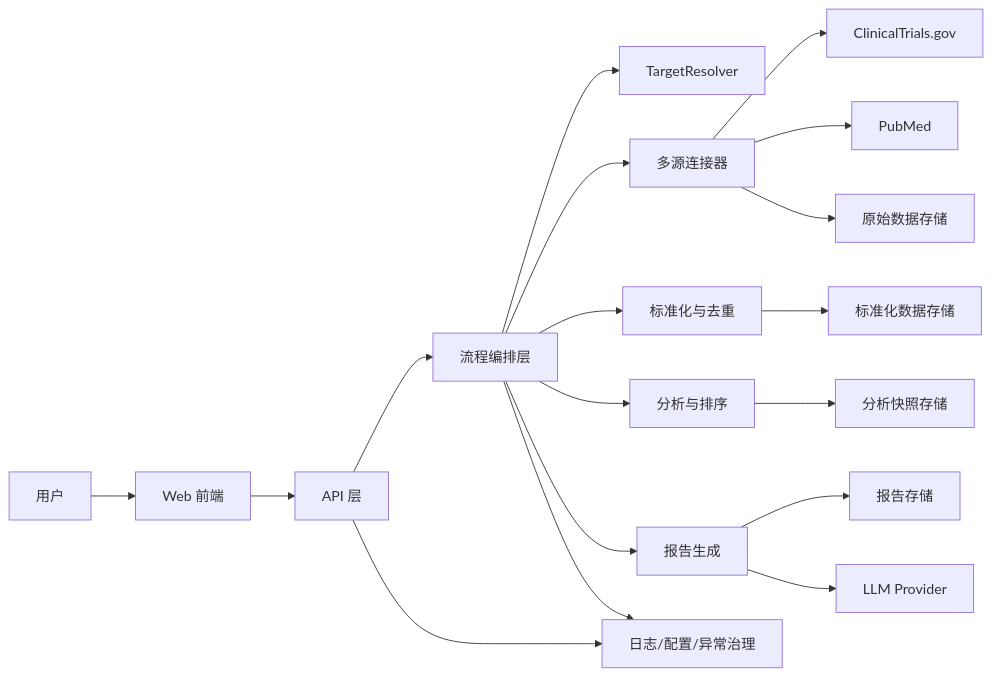
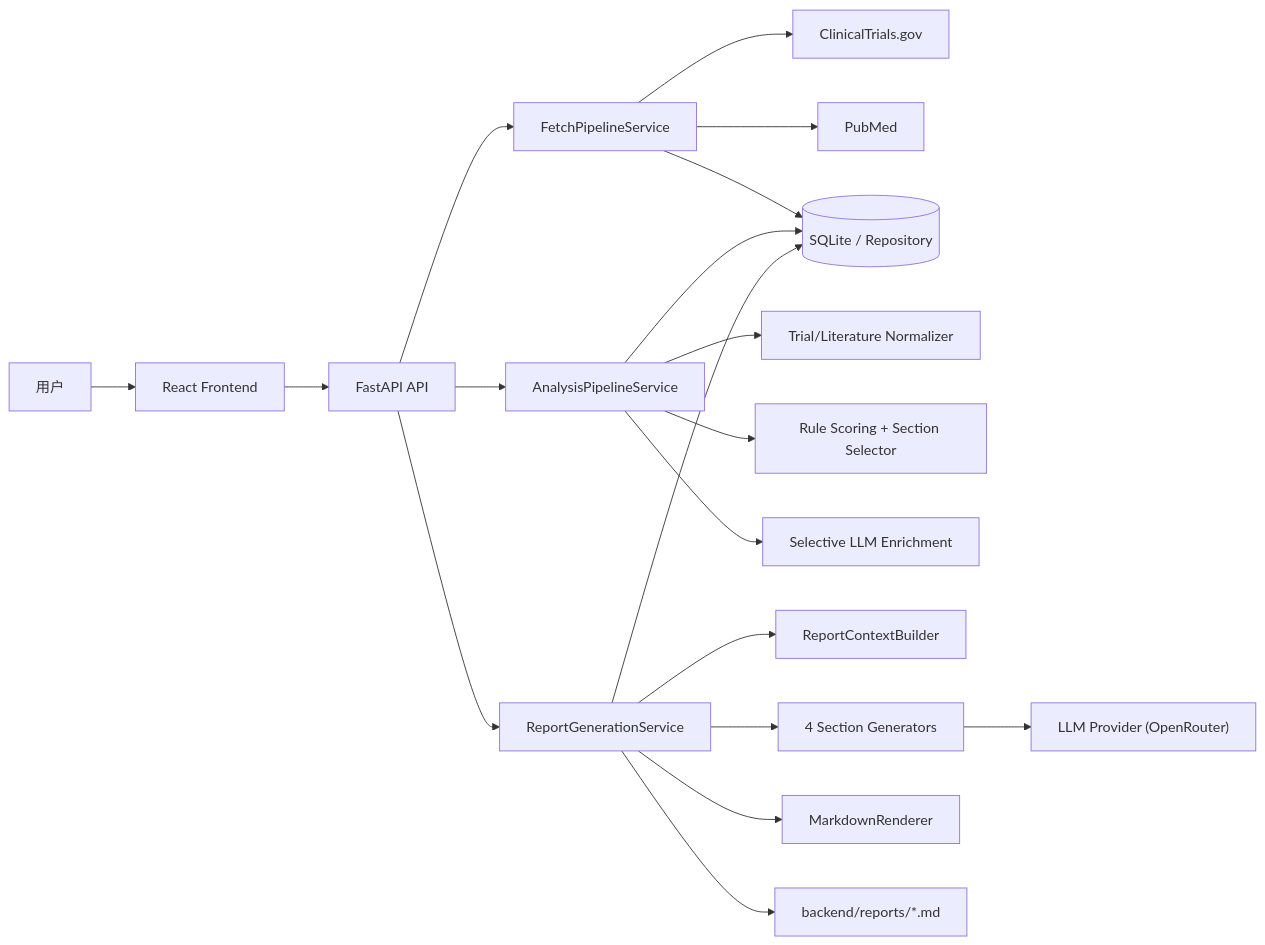
Before and after one commit to zlbee/medical-intelligence-system: the first of 2 diagrams in docs/架构设计方案.md, drawn with Mermaid. The commit also changed other lines of this file and 2 other files, not shown here.

````diff
--- a/docs/架构设计方案.md
+++ b/docs/架构设计方案.md
@@ -101,24 +38,25 @@
 ```mermaid
 flowchart LR
-    U["用户"] --> FE["Web 前端"]
-    FE --> API["API 层"]
-    API --> ORCH["流程编排层"]
+    U["用户"] --> FE["React Frontend"]
+    FE --> API["FastAPI API"]
 
-    ORCH --> RES["TargetResolver"]
-    ORCH --> CONN["多源连接器"]
-    ORCH --> NORM["标准化与去重"]
-    ORCH --> ANA["分析与排序"]
-    ORCH --> REP["报告生成"]
+    API --> FETCH["FetchPipelineService"]
+    API --> ANALYSIS["AnalysisPipelineService"]
+    API --> REPORT["ReportGenerationService"]
 
-    CONN --> EXT1["ClinicalTrials.gov"]
-    CONN --> EXT2["PubMed"]
+    FETCH --> CT["ClinicalTrials.gov"]
+    FETCH --> PM["PubMed"]
+    FETCH --> DB[(SQLite / Repository)]
 
-    CONN --> RAW["原始数据存储"]
-    NORM --> NDB["标准化数据存储"]
-    ANA --> ADB["分析快照存储"]
-    REP --> RDB["报告存储"]
+    ANALYSIS --> NORM["Trial/Literature Normalizer"]
+    ANALYSIS --> SCORE["Rule Scoring + Section Selector"]
+    ANALYSIS --> ENRICH["Selective LLM Enrichment"]
+    ANALYSIS --> DB
 
-    REP --> LLM["LLM Provider"]
-    API --> OBS["日志/配置/异常治理"]
-    ORCH --> OBS
+    REPORT --> CTX["ReportContextBuilder"]
+    REPORT --> GEN["4 Section Generators"]
+    GEN --> LLM["LLM Provider (OpenRouter)"]
+    REPORT --> MD["MarkdownRenderer"]
+    REPORT --> DB
+    REPORT --> FILE["backend/reports/*.md"]
 ```
````
